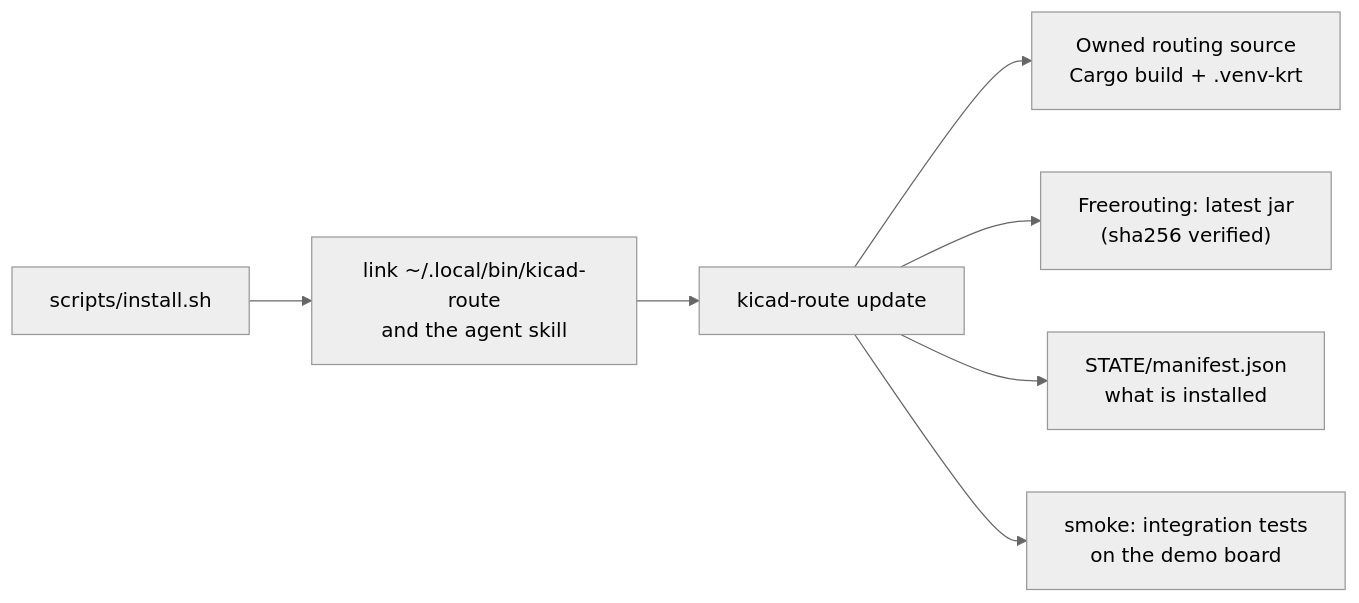
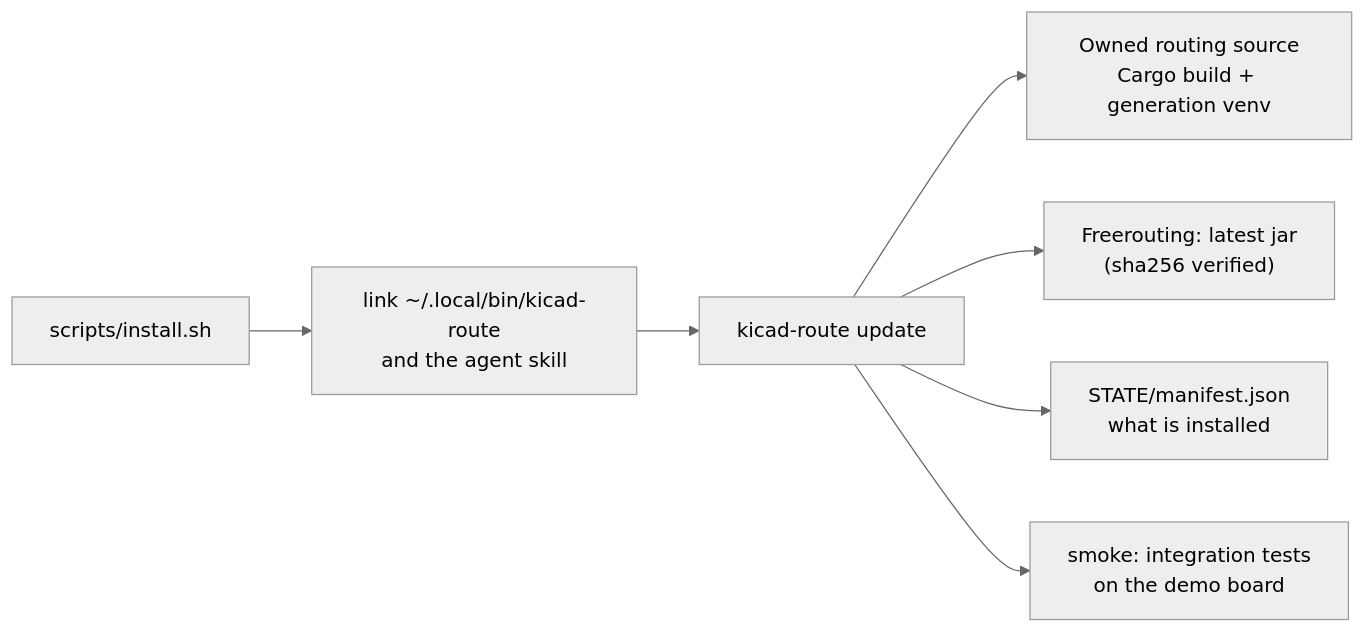
The diagram in docs/guide/getting-started.md (halbritt/kicad-route), drawn with Mermaid (neutral theme) before and after one commit. The commit also changed 23 other files, not shown here.

````diff
--- a/docs/guide/getting-started.md
+++ b/docs/guide/getting-started.md
@@ -22,9 +22,9 @@
 ```mermaid
 flowchart LR
     A["scripts/install.sh"] --> B["link ~/.local/bin/kicad-route<br/>and the agent skill"]
     B --> C["kicad-route update"]
-    C --> D["Owned routing source<br/>Cargo build + .venv-krt"]
+    C --> D["Owned routing source<br/>Cargo build + generation venv"]
     C --> E["Freerouting: latest jar<br/>(sha256 verified)"]
     C --> F["STATE/manifest.json<br/>what is installed"]
     C --> G["smoke: integration tests<br/>on the demo board"]
 ```
````
